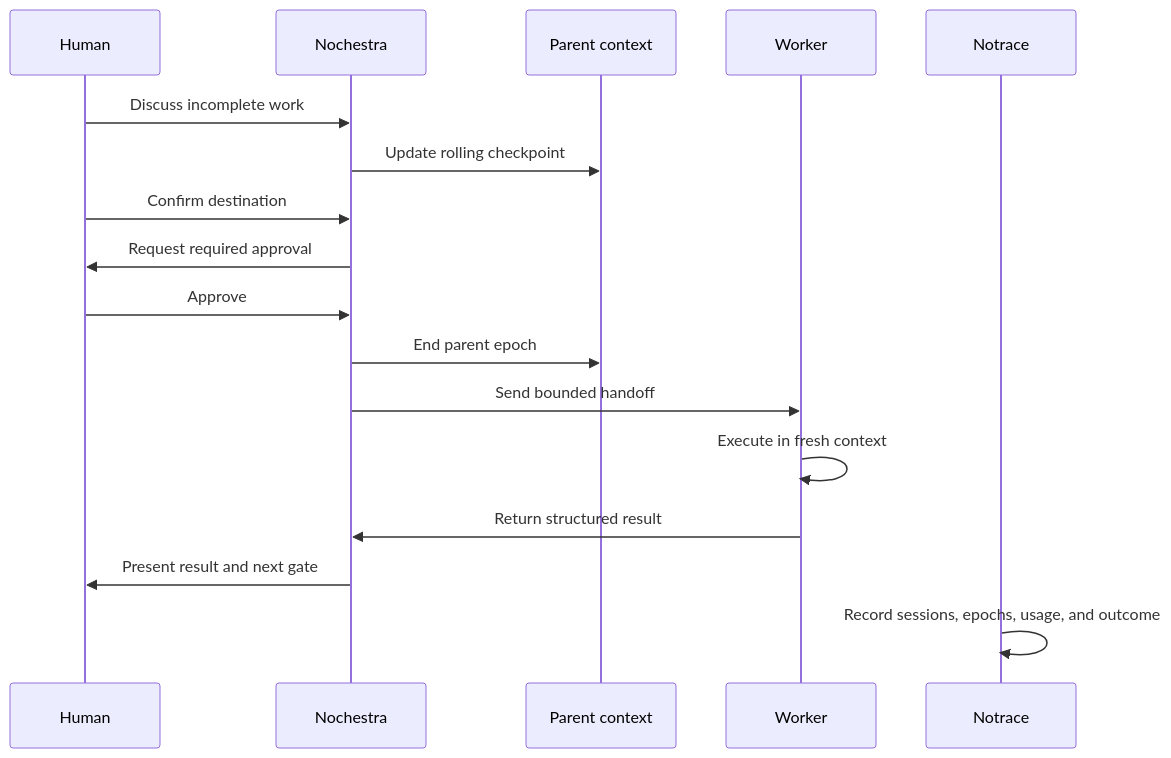
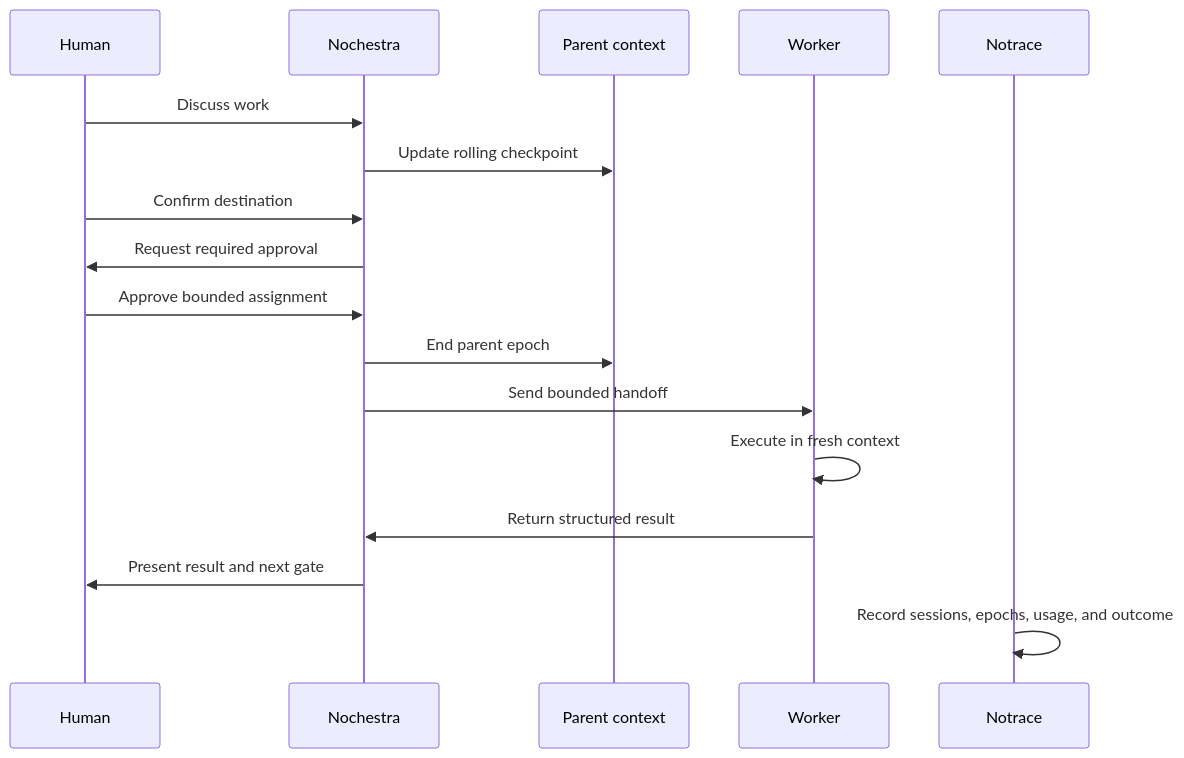
The second of 2 diagrams in docs/nochestra/PRODUCT.md (raquezha/nothing), drawn with Mermaid before and after one commit. The commit also changed other lines of this file, not shown here.

````diff
--- a/docs/nochestra/PRODUCT.md
+++ b/docs/nochestra/PRODUCT.md
@@ -213,20 +140,20 @@
 ```mermaid
 sequenceDiagram
     participant H as Human
     participant N as Nochestra
     participant P as Parent context
     participant W as Worker
     participant T as Notrace
 
-    H->>N: Discuss incomplete work
+    H->>N: Discuss work
     N->>P: Update rolling checkpoint
     H->>N: Confirm destination
     N->>H: Request required approval
-    H->>N: Approve
+    H->>N: Approve bounded assignment
     N->>P: End parent epoch
     N->>W: Send bounded handoff
     W->>W: Execute in fresh context
     W->>N: Return structured result
     N->>H: Present result and next gate
     T->>T: Record sessions, epochs, usage, and outcome
 ```
````
